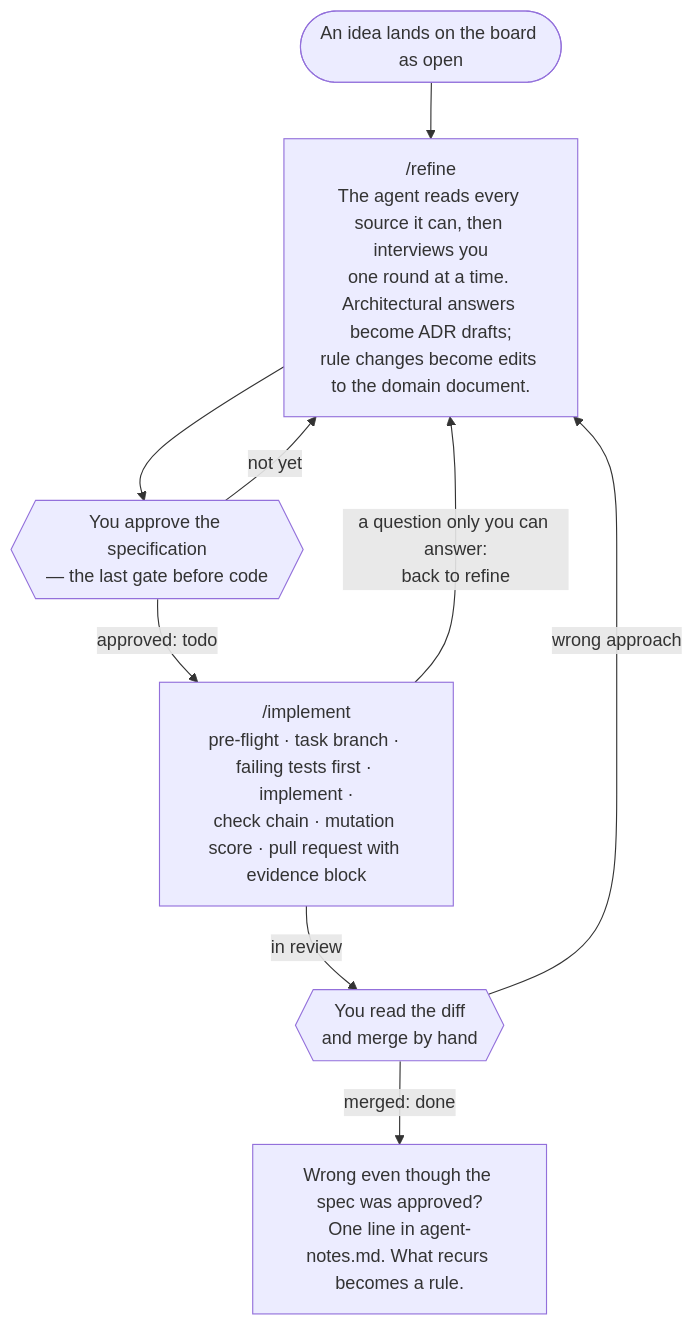
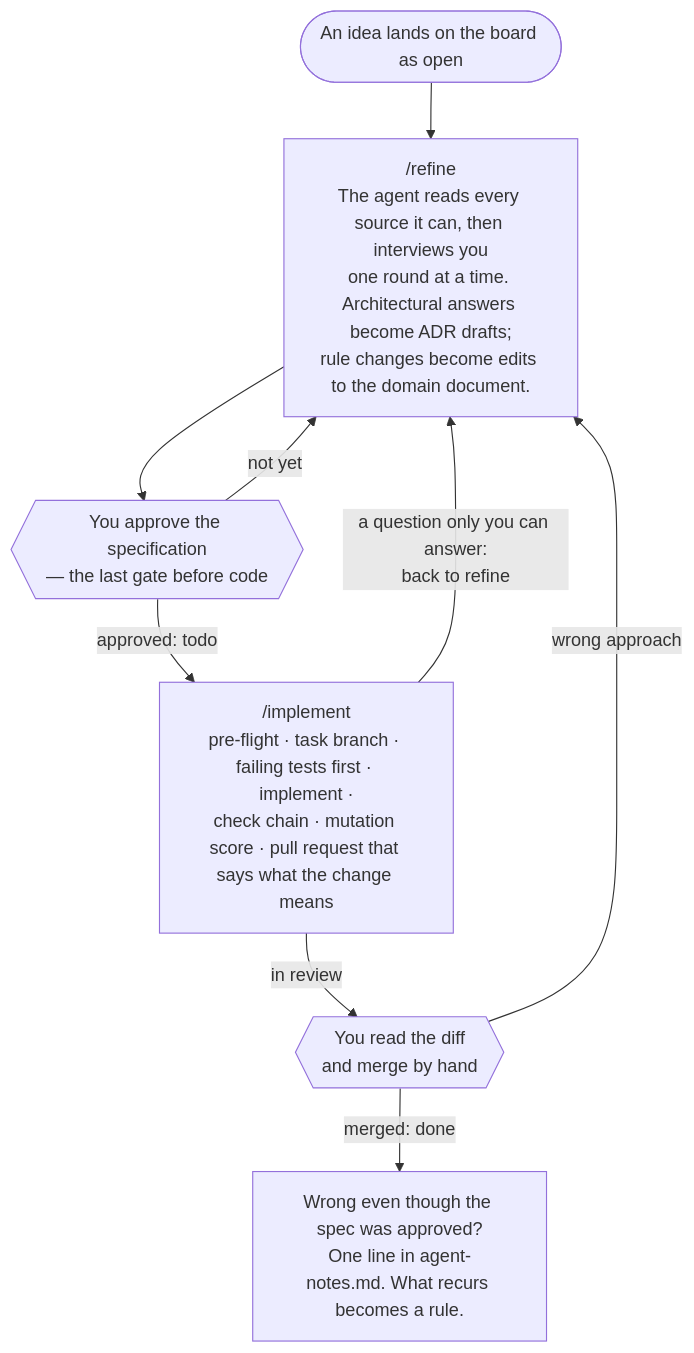
Before and after one commit to panovek/quarterdeck: the first of 2 diagrams in README.md, drawn with Mermaid. The commit also changed other lines of this file and 9 other files, not shown here.

````diff
--- a/README.md
+++ b/README.md
@@ -45,18 +45,18 @@
 ```mermaid
 flowchart TD
     idea([An idea lands on the board as open])
     refine["/refine<br/>The agent reads every source it can, then interviews you<br/>one round at a time. Architectural answers become ADR drafts;<br/>rule changes become edits to the domain document."]
     approve{{"You approve the specification<br/>— the last gate before code"}}
-    impl["/implement<br/>pre-flight · task branch · failing tests first · implement ·<br/>check chain · mutation score · pull request with evidence block"]
+    impl["/implement<br/>pre-flight · task branch · failing tests first · implement ·<br/>check chain · mutation score · pull request that says what the change means"]
     review{{"You read the diff<br/>and merge by hand"}}
     notes["Wrong even though the spec was approved?<br/>One line in agent-notes.md. What recurs becomes a rule."]
 
     idea --> refine
     refine --> approve
     approve -- "not yet" --> refine
     approve -- "approved: todo" --> impl
     impl -- "a question only you can answer:<br/>back to refine" --> refine
     impl -- "in review" --> review
     review -- "wrong approach" --> refine
     review -- "merged: done" --> notes
 ```
````
